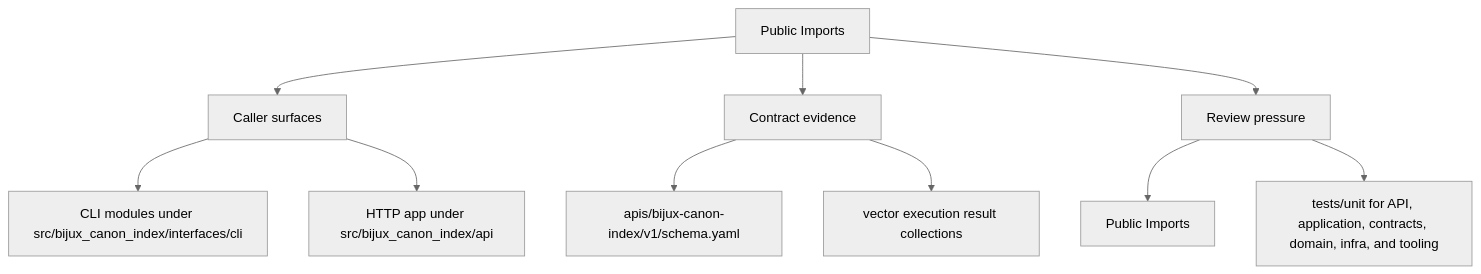
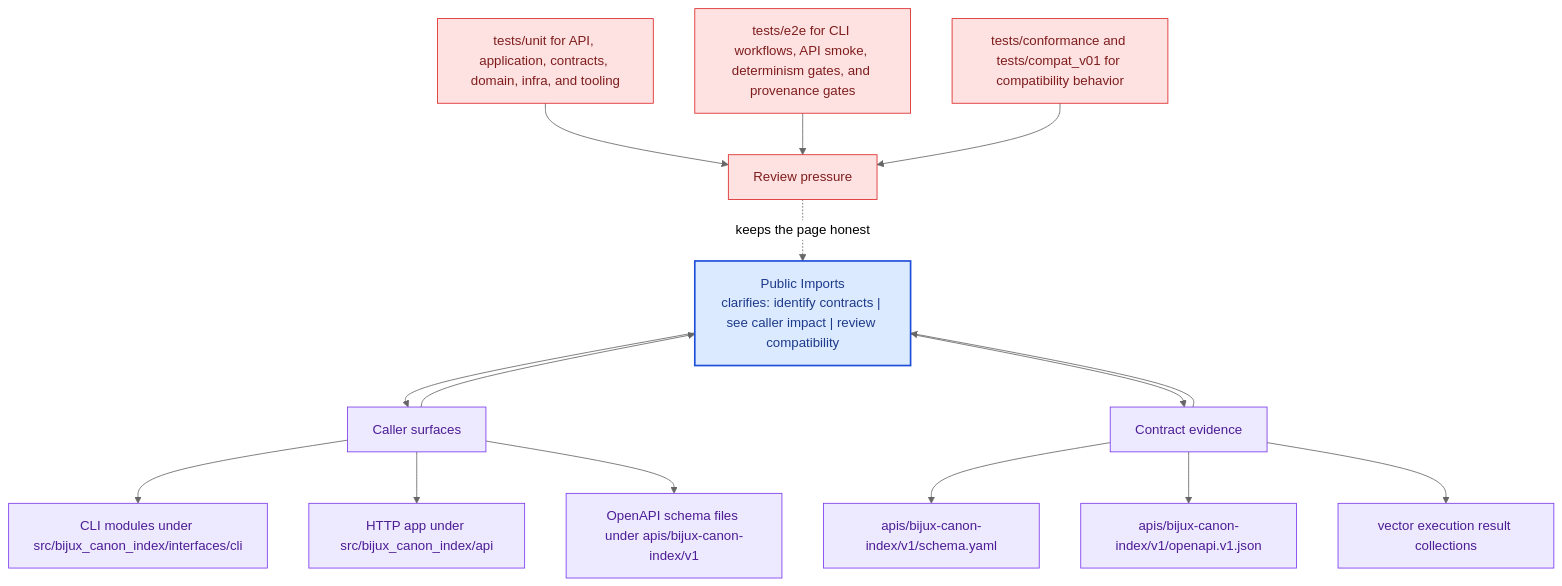
The second of 2 diagrams in docs/bijux-canon-index/interfaces/public-imports.md (bijux/bijux-canon), drawn with Mermaid (neutral theme) before and after one commit. The commit also changed other lines of this file and 281 other files, not shown here.

Commit message:
docs(diagrams): deepen handbook mermaid maps across the catalog

````diff
--- a/docs/bijux-canon-index/interfaces/public-imports.md
+++ b/docs/bijux-canon-index/interfaces/public-imports.md
@@ -35,22 +68,41 @@
 ```mermaid
-flowchart TD
-    page["Public Imports"]
+flowchart TB
+    promise["Public Imports<br/>clarifies: identify contracts | see caller impact | review compatibility"]
+    classDef promise fill:#dbeafe,stroke:#1d4ed8,color:#1e3a8a,stroke-width:2px;
+    classDef driver fill:#dcfce7,stroke:#16a34a,color:#14532d;
+    classDef constraint fill:#fee2e2,stroke:#dc2626,color:#7f1d1d;
+    classDef ground fill:#ede9fe,stroke:#7c3aed,color:#4c1d95;
     focus1["Caller surfaces"]
-    page --> focus1
+    focus1 --> promise
+    promise --> focus1
     focus1_1["CLI modules under src/bijux_canon_index/interfaces/cli"]
     focus1 --> focus1_1
     focus1_2["HTTP app under src/bijux_canon_index/api"]
     focus1 --> focus1_2
+    focus1_3["OpenAPI schema files under apis/bijux-canon-index/v1"]
+    focus1 --> focus1_3
+    class focus1 ground;
+    class focus1_1,focus1_2,focus1_3 ground;
     focus2["Contract evidence"]
-    page --> focus2
+    focus2 --> promise
+    promise --> focus2
     focus2_1["apis/bijux-canon-index/v1/schema.yaml"]
     focus2 --> focus2_1
-    focus2_2["vector execution result collections"]
+    focus2_2["apis/bijux-canon-index/v1/openapi.v1.json"]
     focus2 --> focus2_2
+    focus2_3["vector execution result collections"]
+    focus2 --> focus2_3
+    class focus2 ground;
+    class focus2_1,focus2_2,focus2_3 ground;
     focus3["Review pressure"]
-    page --> focus3
-    focus3_1["Public Imports"]
-    focus3 --> focus3_1
-    focus3_2["tests/unit for API, application, contracts, domain, infra, and tooling"]
-    focus3 --> focus3_2
+    focus3 -.keeps the page honest.-> promise
+    focus3_1["tests/unit for API, application, contracts, domain, infra, and tooling"]
+    focus3_1 --> focus3
+    focus3_2["tests/e2e for CLI workflows, API smoke, determinism gates, and provenance gates"]
+    focus3_2 --> focus3
+    focus3_3["tests/conformance and tests/compat_v01 for compatibility behavior"]
+    focus3_3 --> focus3
+    class focus3 constraint;
+    class focus3_1,focus3_2,focus3_3 constraint;
+    class promise promise;
 ```
````
